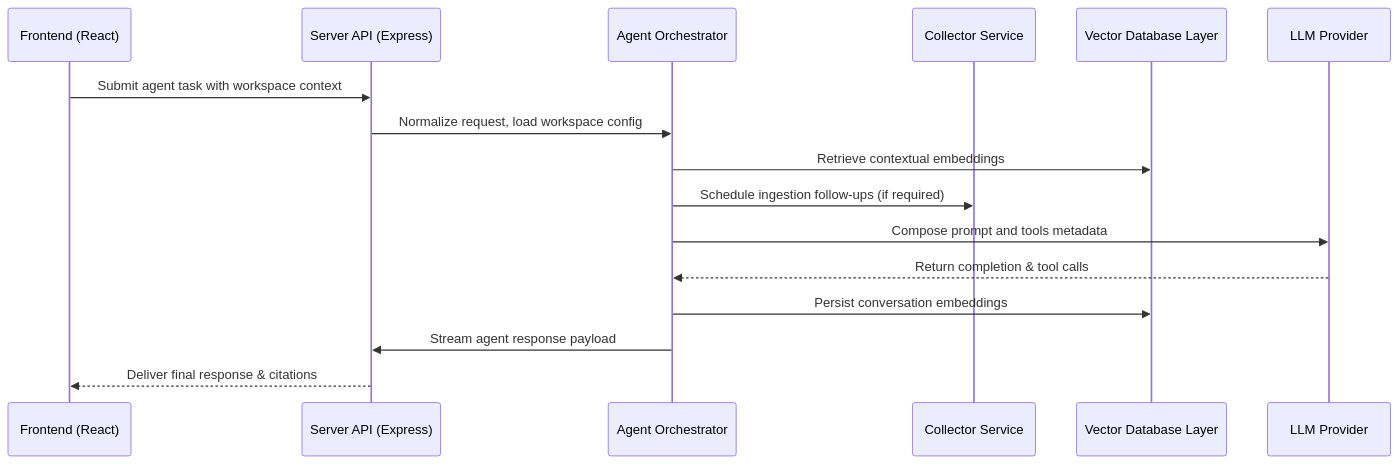
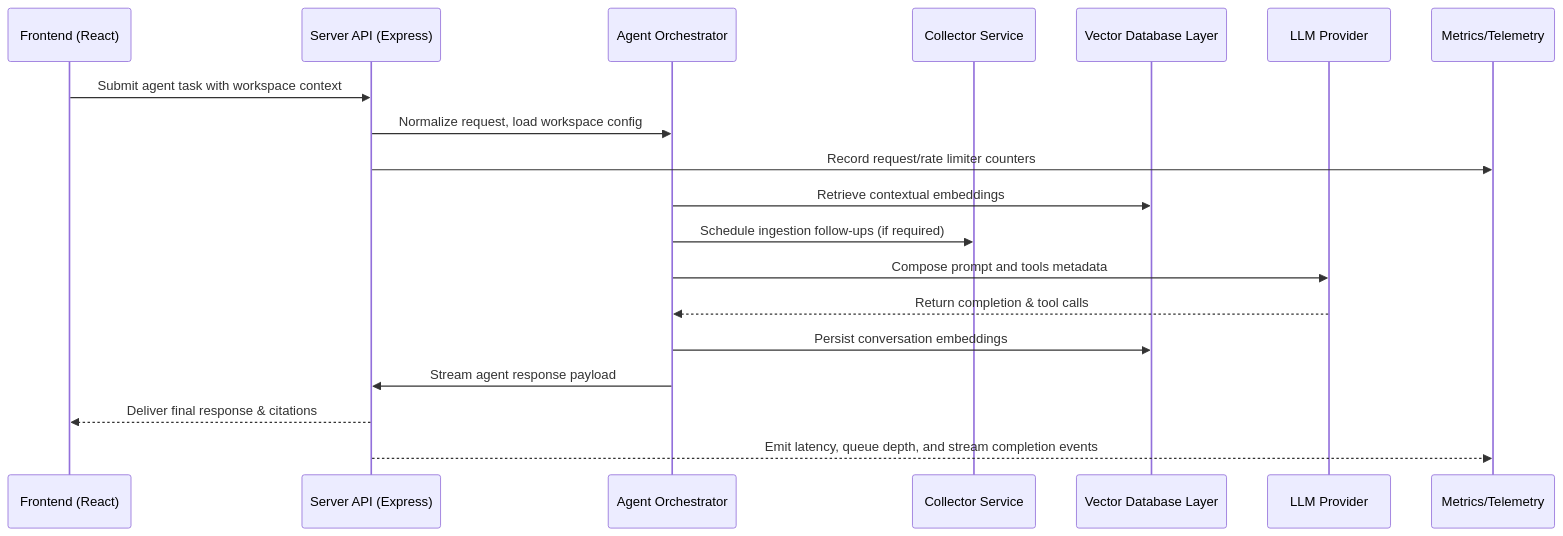
The diagram in docs/diagrams/agent-orchestration-sequence.md (Mysticmarks/anything-llm), drawn with Mermaid before and after one commit. The commit also changed 6 other files, not shown here.

````diff
--- a/docs/diagrams/agent-orchestration-sequence.md
+++ b/docs/diagrams/agent-orchestration-sequence.md
@@ -3,19 +3,22 @@
 ```mermaid
 sequenceDiagram
     participant UI as Frontend (React)
     participant API as Server API (Express)
     participant Orchestrator as Agent Orchestrator
     participant Collector as Collector Service
     participant VectorDB as Vector Database Layer
     participant LLM as LLM Provider
+    participant Metrics as Metrics/Telemetry
 
     UI->>API: Submit agent task with workspace context
     API->>Orchestrator: Normalize request, load workspace config
+    API->>Metrics: Record request/rate limiter counters
     Orchestrator->>VectorDB: Retrieve contextual embeddings
     Orchestrator->>Collector: Schedule ingestion follow-ups (if required)
     Orchestrator->>LLM: Compose prompt and tools metadata
     LLM-->>Orchestrator: Return completion & tool calls
     Orchestrator->>VectorDB: Persist conversation embeddings
     Orchestrator->>API: Stream agent response payload
     API-->>UI: Deliver final response & citations
+    API-->>Metrics: Emit latency, queue depth, and stream completion events
 ```
````
